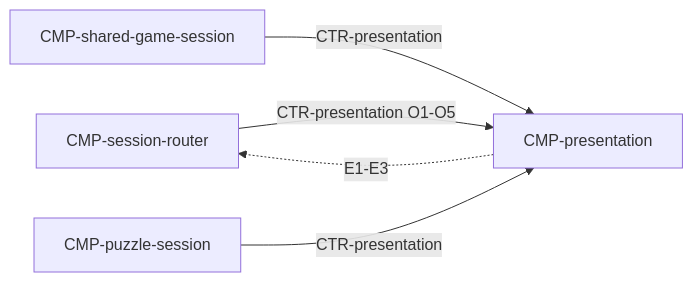
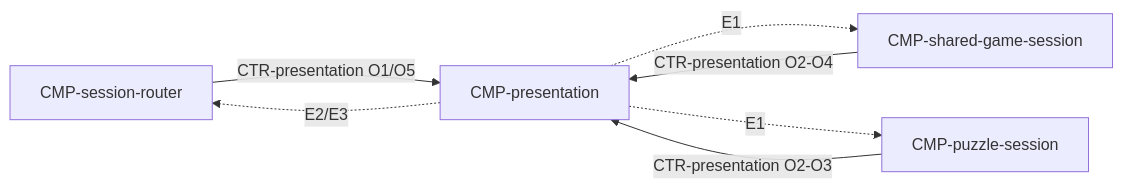
Before and after one commit to waigore/simplechessv2: the diagram in specs/technical/components/presentation.md, drawn with Mermaid. The commit also changed 28 other files, not shown here.

````diff
--- a/specs/technical/components/presentation.md
+++ b/specs/technical/components/presentation.md
@@ -38,11 +38,13 @@
 ```mermaid
 flowchart LR
   R[CMP-session-router]
   S[CMP-shared-game-session]
   Q[CMP-puzzle-session]
   V[CMP-presentation]
-  R -->|CTR-presentation O1-O5| V
-  S -->|CTR-presentation| V
-  Q -->|CTR-presentation| V
-  V -.->|E1-E3| R
+  R -->|CTR-presentation O1/O5| V
+  S -->|CTR-presentation O2-O4| V
+  Q -->|CTR-presentation O2-O3| V
+  V -.->|E2/E3| R
+  V -.->|E1| S
+  V -.->|E1| Q
 ```
````
